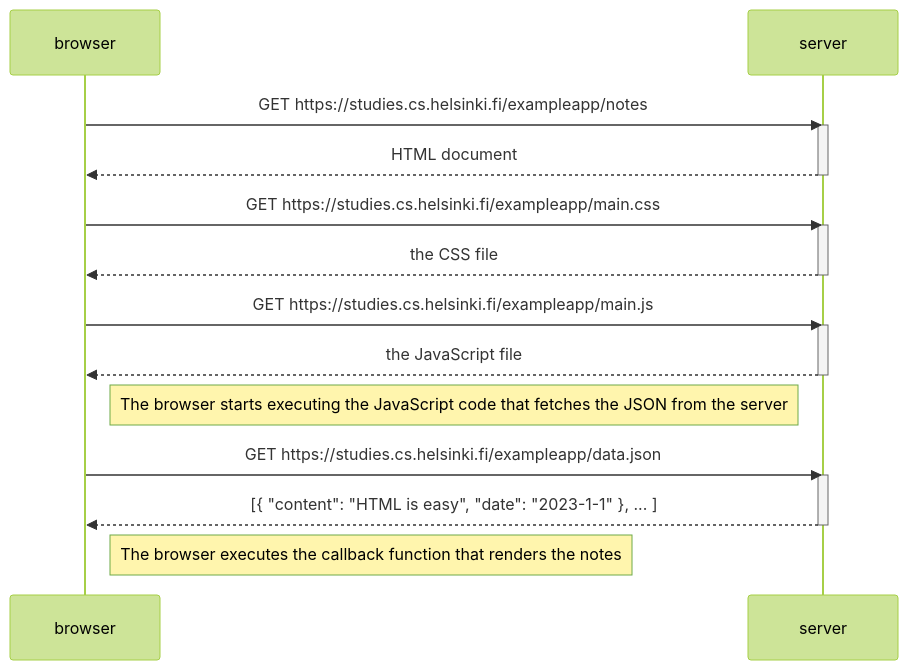
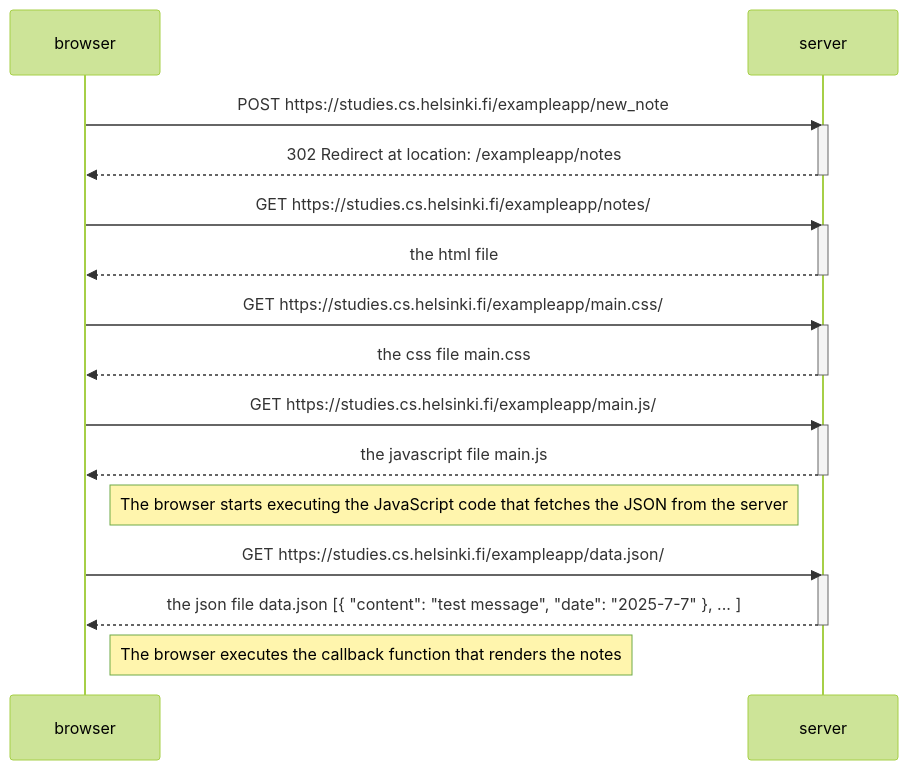
Before and after one commit to ZohaibVehra/fullstackopen: the diagram in 0.4_New_note_diagram.md, drawn with Mermaid (forest theme).

````diff
--- a/0.4_New_note_diagram.md
+++ b/0.4_New_note_diagram.md
@@ -1,29 +1,34 @@
 ```mermaid
 sequenceDiagram
   participant browser
   participant server
 
-  browser->>server: GET https://studies.cs.helsinki.fi/exampleapp/notes
+  browser->>server: POST https://studies.cs.helsinki.fi/exampleapp/new_note
   activate server
-  server-->>browser: HTML document
+  server-->>browser: 302 Redirect at location: /exampleapp/notes
   deactivate server
 
-  browser->>server: GET https://studies.cs.helsinki.fi/exampleapp/main.css
+  browser->>server: GET https://studies.cs.helsinki.fi/exampleapp/notes/
   activate server
-  server-->>browser: the CSS file
+  server-->>browser: the html file
   deactivate server
 
-  browser->>server: GET https://studies.cs.helsinki.fi/exampleapp/main.js
+  browser->>server: GET https://studies.cs.helsinki.fi/exampleapp/main.css/
   activate server
-  server-->>browser: the JavaScript file
+  server-->>browser: the css file main.css
+  deactivate server
+
+  browser->>server: GET https://studies.cs.helsinki.fi/exampleapp/main.js/
+  activate server
+  server-->>browser: the javascript file main.js
   deactivate server
 
   Note right of browser: The browser starts executing the JavaScript code that fetches the JSON from the server
 
-  browser->>server: GET https://studies.cs.helsinki.fi/exampleapp/data.json
+  browser->>server: GET https://studies.cs.helsinki.fi/exampleapp/data.json/
   activate server
-  server-->>browser: [{ "content": "HTML is easy", "date": "2023-1-1" }, ... ]
+  server-->>browser: the json file data.json [{ "content": "test message", "date": "2025-7-7" }, ... ]
   deactivate server
 
   Note right of browser: The browser executes the callback function that renders the notes
 ```
````
